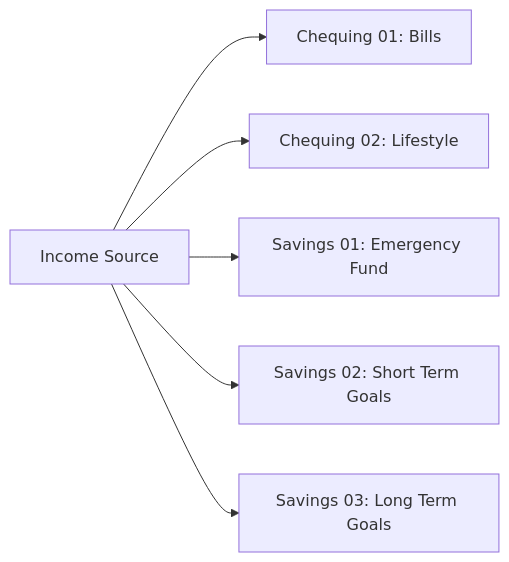
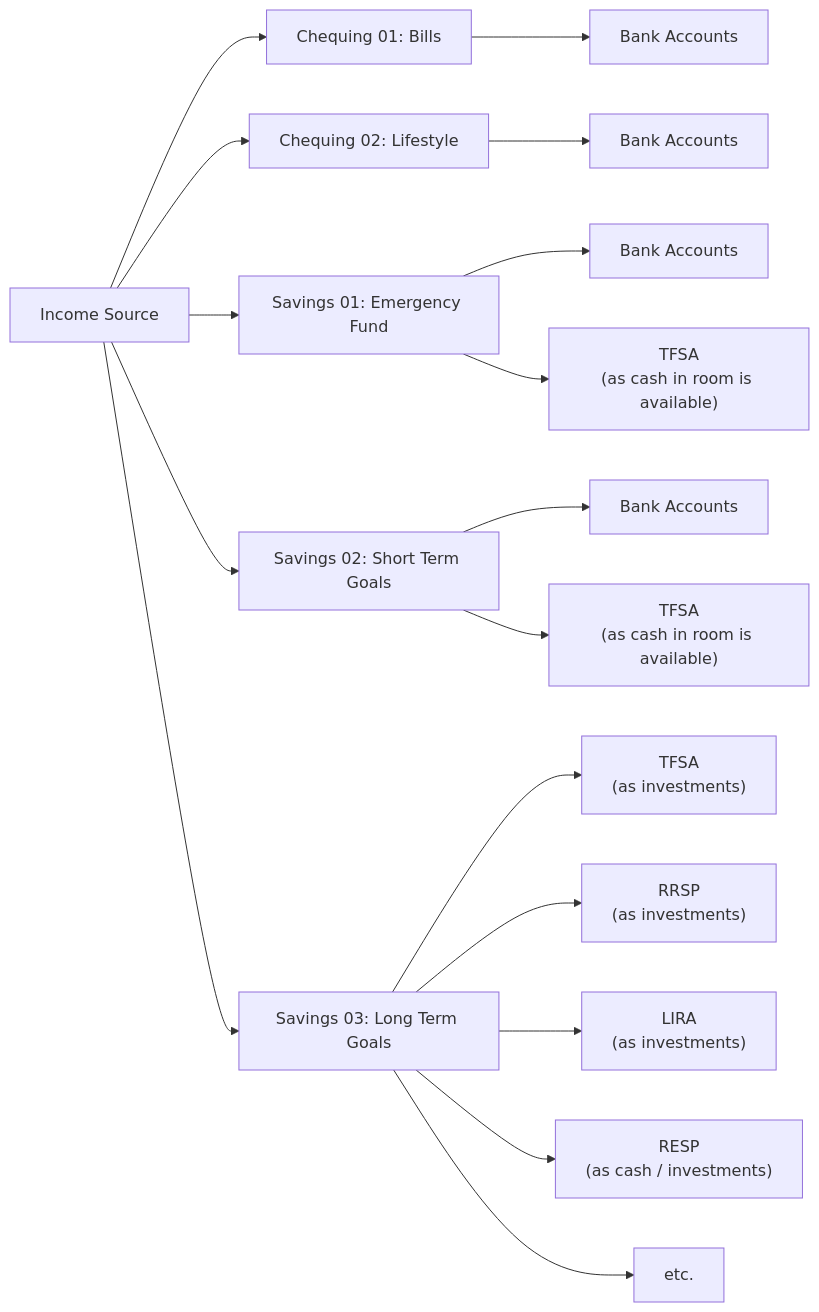
The diagram in FinancialLiteracy/02b_FinancialLiteracy_HighFiveBanking.md (ksewlochan/Sewlochan), drawn with Mermaid before and after one commit.

Commit message:
expanded the chart

````diff
--- a/FinancialLiteracy/02b_FinancialLiteracy_HighFiveBanking.md
+++ b/FinancialLiteracy/02b_FinancialLiteracy_HighFiveBanking.md
@@ -28,8 +28,20 @@
 ``` mermaid
 	flowchart LR
 		IncomeSource["Income Source"] --> ChequingBills["Chequing 01: Bills"]
 		IncomeSource --> ChequingLifestyle["Chequing 02: Lifestyle"]
 		IncomeSource --> SavingsEmergencyFund["Savings 01: Emergency Fund"]
 		IncomeSource --> SavingsShortTerm["Savings 02: Short Term Goals"]
 		IncomeSource --> SavingsLongTerm["Savings 03: Long Term Goals"]
+		
+		ChequingBills --> BankAccountA["Bank Accounts"]
+		ChequingLifestyle --> BankAccountB["Bank Accounts"]
+		SavingsEmergencyFund --> BankAccountC["Bank Accounts"]
+		SavingsEmergencyFund --> TFSAa["TFSA<br>(as cash in room is available)"]
+		SavingsShortTerm --> BankAccountD["Bank Accounts"]
+		SavingsShortTerm --> TFSAb["TFSA<br>(as cash in room is available)"]
+		SavingsLongTerm --> TFSAc["TFSA<br>(as investments)"]
+		SavingsLongTerm --> RRSP["RRSP<br>(as investments)"]
+		SavingsLongTerm --> LIRA["LIRA<br>(as investments)"]
+		SavingsLongTerm --> RESP["RESP<br>(as cash / investments)"]
+		SavingsLongTerm --> etc["etc."]
 ```
````
